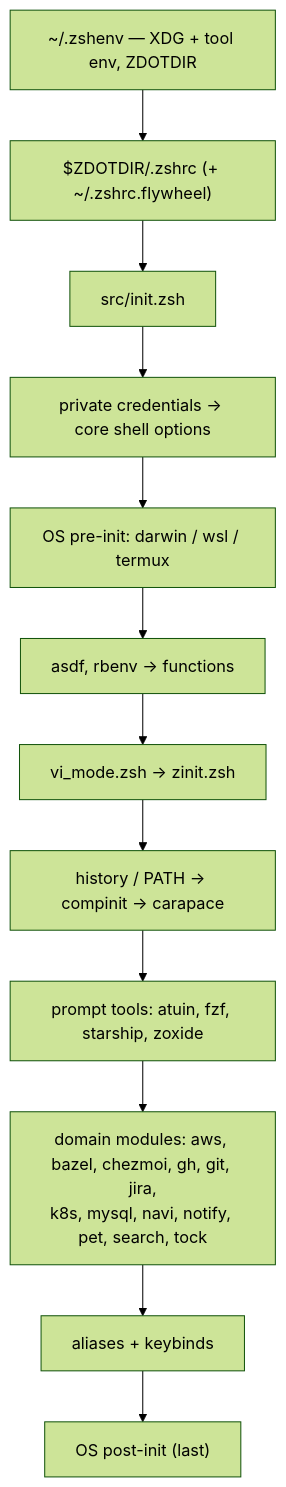
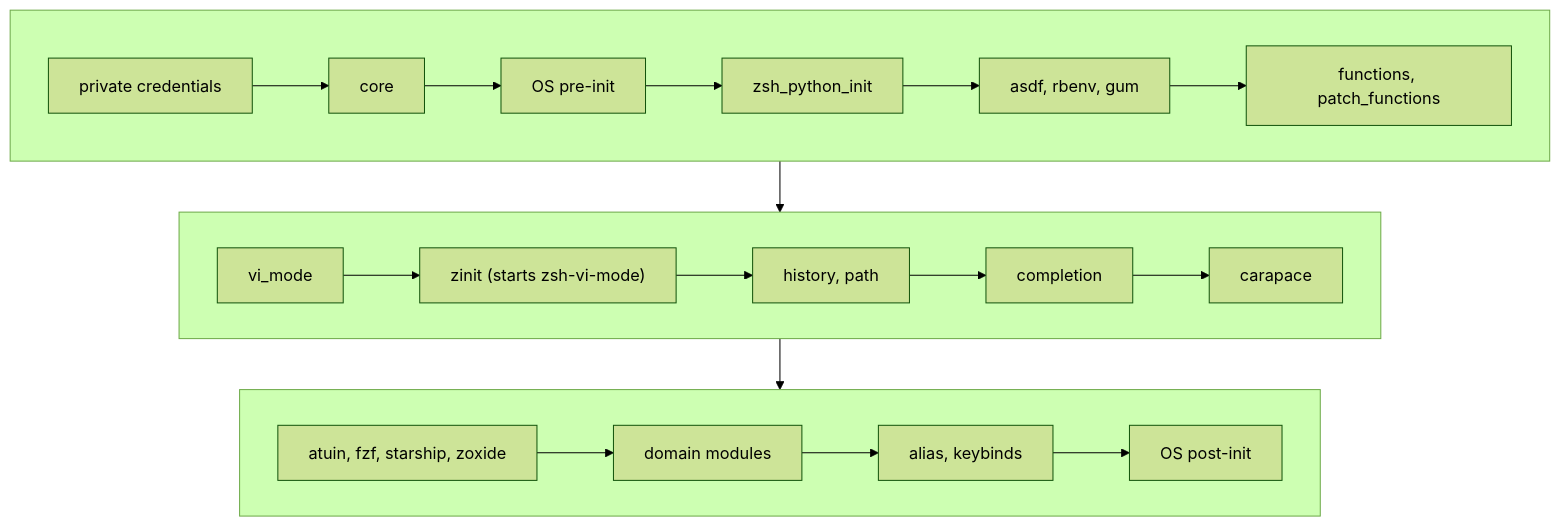
One commit to jack06215/dotfiles changed the diagram in README.md. Above: the diagram before and after it, drawn with Mermaid (forest theme). The commit also changed other lines of this file and 1 other file, not shown here.

First line of the commit message:
docs: rewrite the root README and add a Termux setup guide

````diff
--- a/README.md
+++ b/README.md
@@ -111,14 +124,16 @@
 ```mermaid
 flowchart TD
-  A["~/.zshenv — XDG + tool env, ZDOTDIR"] --> B["$ZDOTDIR/.zshrc (+ ~/.zshrc.flywheel)"]
-  B --> C["src/init.zsh"]
-  C --> D["private credentials → core shell options"]
-  D --> E["OS pre-init: darwin / wsl / termux"]
-  E --> F["asdf, rbenv → functions"]
-  F --> G["vi_mode.zsh → zinit.zsh"]
-  G --> H["history / PATH → compinit → carapace"]
-  H --> I["prompt tools: atuin, fzf, starship, zoxide"]
-  I --> J["domain modules: aws, bazel, chezmoi, gh, git, jira,<br/>k8s, mysql, navi, notify, pet, search, tock"]
-  J --> K["aliases + keybinds"]
-  K --> L["OS post-init (last)"]
+  subgraph s1 [" "]
+    direction LR
+    a1[private credentials] --> a2[core] --> a3[OS pre-init] --> a4[zsh_python_init] --> a5["asdf, rbenv, gum"] --> a6["functions, patch_functions"]
+  end
+  subgraph s2 [" "]
+    direction LR
+    b1[vi_mode] --> b2["zinit (starts zsh-vi-mode)"] --> b3["history, path"] --> b4[completion] --> b5[carapace]
+  end
+  subgraph s3 [" "]
+    direction LR
+    c1["atuin, fzf, starship, zoxide"] --> c2[domain modules] --> c3["alias, keybinds"] --> c4[OS post-init]
+  end
+  s1 --> s2 --> s3
 ```
````
